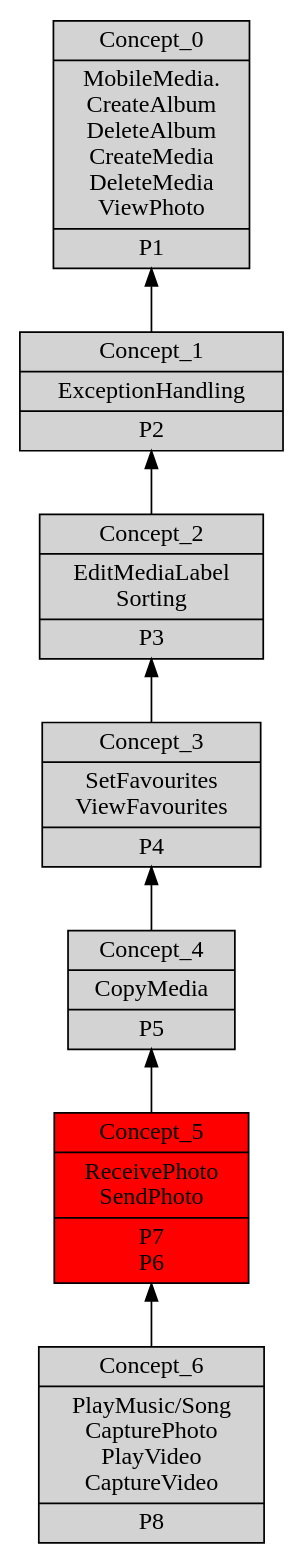
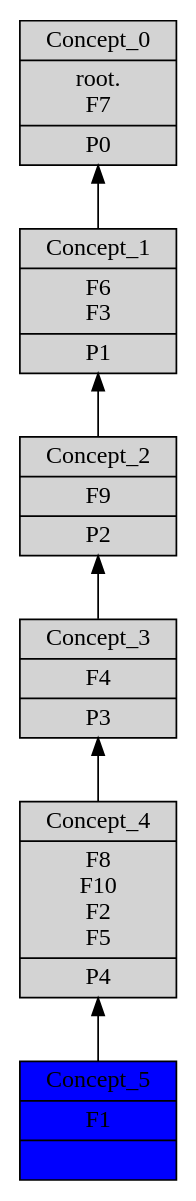
The diagram in refm-competition-ws/fr.inria.diverse.refm.competition.almsiedeen/Lattice dot/lattice.dot (jagalindo/puzzle-testing), drawn with Graphviz before and after one commit. The commit also changed 187 other files, not shown here.

```diff
--- a/refm-competition-ws/fr.inria.diverse.refm.competition.almsiedeen/Lattice dot/lattice.dot
+++ b/refm-competition-ws/fr.inria.diverse.refm.competition.almsiedeen/Lattice dot/lattice.dot
@@ -1,16 +1,14 @@
 digraph G { 
 	rankdir=BT;
-764372388 [shape=record,style=filled,label="{Concept_0|MobileMedia.\nCreateAlbum\nDeleteAlbum\nCreateMedia\nDeleteMedia\nViewPhoto\n|P1\n}"];
-459857341 [shape=record,style=filled,label="{Concept_1|ExceptionHandling\n|P2\n}"];
-1684890795 [shape=record,style=filled,label="{Concept_2|EditMediaLabel\nSorting\n|P3\n}"];
-94264799 [shape=record,style=filled,label="{Concept_3|SetFavourites\nViewFavourites\n|P4\n}"];
-1399499405 [shape=record,style=filled,label="{Concept_4|CopyMedia\n|P5\n}"];
-238157928 [shape=record,style=filled,fillcolor=red,label="{Concept_5|ReceivePhoto\nSendPhoto\n|P7\nP6\n}"];
-32863545 [shape=record,style=filled,label="{Concept_6|PlayMusic/Song\nCapturePhoto\nPlayVideo\nCaptureVideo\n|P8\n}"];
-	459857341 -> 764372388
-	1684890795 -> 459857341
-	94264799 -> 1684890795
-	1399499405 -> 94264799
-	238157928 -> 1399499405
-	32863545 -> 238157928
+1464642111 [shape=record,style=filled,label="{Concept_0|root.\nF7\n|P0\n}"];
+105704967 [shape=record,style=filled,label="{Concept_1|F6\nF3\n|P1\n}"];
+392292416 [shape=record,style=filled,label="{Concept_2|F9\n|P2\n}"];
+1818402158 [shape=record,style=filled,label="{Concept_3|F4\n|P3\n}"];
+1590550415 [shape=record,style=filled,label="{Concept_4|F8\nF10\nF2\nF5\n|P4\n}"];
+1058025095 [shape=record,style=filled,fillcolor=blue,label="{Concept_5|F1\n|}"];
+	105704967 -> 1464642111
+	392292416 -> 105704967
+	1818402158 -> 392292416
+	1590550415 -> 1818402158
+	1058025095 -> 1590550415
 }
```
